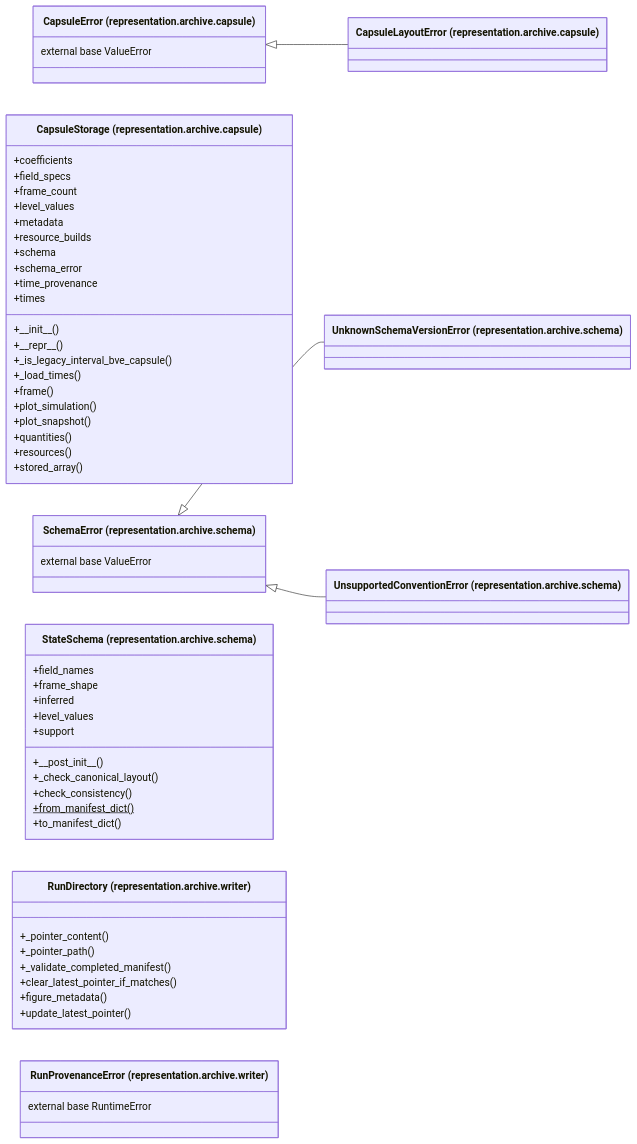
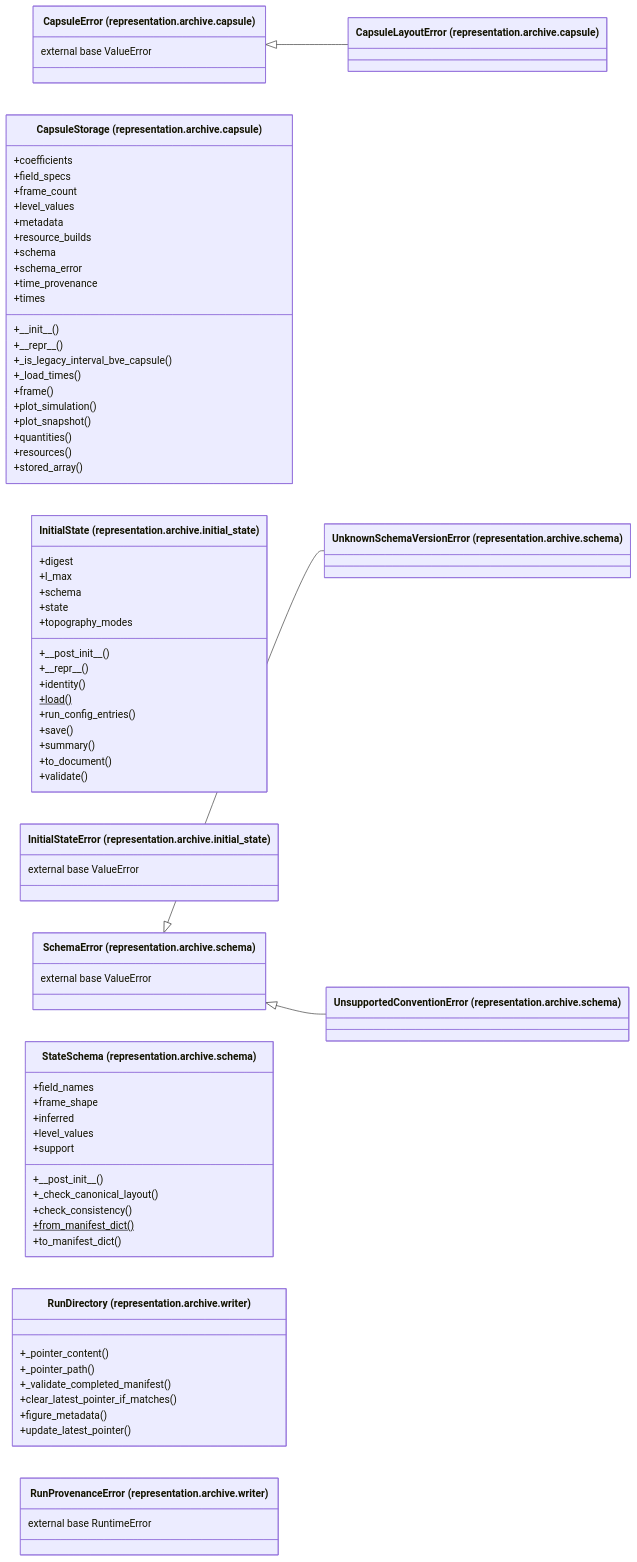
The diagram in docs/architecture/current/classes/tropoi.representation.archive.mmd (AlexandreEros/Palintropos), drawn with Mermaid before and after one commit. The commit also changed 34 other files, not shown here.

```diff
--- a/docs/architecture/current/classes/tropoi.representation.archive.mmd
+++ b/docs/architecture/current/classes/tropoi.representation.archive.mmd
@@ -1,55 +1,72 @@
 %% Generated by tools.architecture 1.0.0. Do not edit by hand.
 %% All classes defined in package tropoi.representation.archive.
 classDiagram
     direction LR
     class c_tropoi_orepresentation_oarchive_ocapsule_oCapsuleError["CapsuleError (representation.archive.capsule)"]
     c_tropoi_orepresentation_oarchive_ocapsule_oCapsuleError : external base ValueError
     class c_tropoi_orepresentation_oarchive_ocapsule_oCapsuleLayoutError["CapsuleLayoutError (representation.archive.capsule)"]
     class c_tropoi_orepresentation_oarchive_ocapsule_oCapsuleStorage["CapsuleStorage (representation.archive.capsule)"]
     c_tropoi_orepresentation_oarchive_ocapsule_oCapsuleStorage : +#95;#95;init#95;#95;()
     c_tropoi_orepresentation_oarchive_ocapsule_oCapsuleStorage : +#95;#95;repr#95;#95;()
     c_tropoi_orepresentation_oarchive_ocapsule_oCapsuleStorage : +#95;is#95;legacy#95;interval#95;bve#95;capsule()
     c_tropoi_orepresentation_oarchive_ocapsule_oCapsuleStorage : +#95;load#95;times()
     c_tropoi_orepresentation_oarchive_ocapsule_oCapsuleStorage : +coefficients
     c_tropoi_orepresentation_oarchive_ocapsule_oCapsuleStorage : +field#95;specs
     c_tropoi_orepresentation_oarchive_ocapsule_oCapsuleStorage : +frame()
     c_tropoi_orepresentation_oarchive_ocapsule_oCapsuleStorage : +frame#95;count
     c_tropoi_orepresentation_oarchive_ocapsule_oCapsuleStorage : +level#95;values
     c_tropoi_orepresentation_oarchive_ocapsule_oCapsuleStorage : +metadata
     c_tropoi_orepresentation_oarchive_ocapsule_oCapsuleStorage : +plot#95;simulation()
     c_tropoi_orepresentation_oarchive_ocapsule_oCapsuleStorage : +plot#95;snapshot()
     c_tropoi_orepresentation_oarchive_ocapsule_oCapsuleStorage : +quantities()
     c_tropoi_orepresentation_oarchive_ocapsule_oCapsuleStorage : +resource#95;builds
     c_tropoi_orepresentation_oarchive_ocapsule_oCapsuleStorage : +resources()
     c_tropoi_orepresentation_oarchive_ocapsule_oCapsuleStorage : +schema
     c_tropoi_orepresentation_oarchive_ocapsule_oCapsuleStorage : +schema#95;error
     c_tropoi_orepresentation_oarchive_ocapsule_oCapsuleStorage : +stored#95;array()
     c_tropoi_orepresentation_oarchive_ocapsule_oCapsuleStorage : +time#95;provenance
     c_tropoi_orepresentation_oarchive_ocapsule_oCapsuleStorage : +times
+    class c_tropoi_orepresentation_oarchive_oinitial__state_oInitialState["InitialState (representation.archive.initial_state)"]
+    c_tropoi_orepresentation_oarchive_oinitial__state_oInitialState : +#95;#95;post#95;init#95;#95;()
+    c_tropoi_orepresentation_oarchive_oinitial__state_oInitialState : +#95;#95;repr#95;#95;()
+    c_tropoi_orepresentation_oarchive_oinitial__state_oInitialState : +digest
+    c_tropoi_orepresentation_oarchive_oinitial__state_oInitialState : +identity()
+    c_tropoi_orepresentation_oarchive_oinitial__state_oInitialState : +l#95;max
+    c_tropoi_orepresentation_oarchive_oinitial__state_oInitialState : +load()$
+    c_tropoi_orepresentation_oarchive_oinitial__state_oInitialState : +run#95;config#95;entries()
+    c_tropoi_orepresentation_oarchive_oinitial__state_oInitialState : +save()
+    c_tropoi_orepresentation_oarchive_oinitial__state_oInitialState : +schema
+    c_tropoi_orepresentation_oarchive_oinitial__state_oInitialState : +state
+    c_tropoi_orepresentation_oarchive_oinitial__state_oInitialState : +summary()
+    c_tropoi_orepresentation_oarchive_oinitial__state_oInitialState : +to#95;document()
+    c_tropoi_orepresentation_oarchive_oinitial__state_oInitialState : +topography#95;modes
+    c_tropoi_orepresentation_oarchive_oinitial__state_oInitialState : +validate()
+    class c_tropoi_orepresentation_oarchive_oinitial__state_oInitialStateError["InitialStateError (representation.archive.initial_state)"]
+    c_tropoi_orepresentation_oarchive_oinitial__state_oInitialStateError : external base ValueError
     class c_tropoi_orepresentation_oarchive_oschema_oSchemaError["SchemaError (representation.archive.schema)"]
     c_tropoi_orepresentation_oarchive_oschema_oSchemaError : external base ValueError
     class c_tropoi_orepresentation_oarchive_oschema_oStateSchema["StateSchema (representation.archive.schema)"]
     c_tropoi_orepresentation_oarchive_oschema_oStateSchema : +#95;#95;post#95;init#95;#95;()
     c_tropoi_orepresentation_oarchive_oschema_oStateSchema : +#95;check#95;canonical#95;layout()
     c_tropoi_orepresentation_oarchive_oschema_oStateSchema : +check#95;consistency()
     c_tropoi_orepresentation_oarchive_oschema_oStateSchema : +field#95;names
     c_tropoi_orepresentation_oarchive_oschema_oStateSchema : +frame#95;shape
     c_tropoi_orepresentation_oarchive_oschema_oStateSchema : +from#95;manifest#95;dict()$
     c_tropoi_orepresentation_oarchive_oschema_oStateSchema : +inferred
     c_tropoi_orepresentation_oarchive_oschema_oStateSchema : +level#95;values
     c_tropoi_orepresentation_oarchive_oschema_oStateSchema : +support
     c_tropoi_orepresentation_oarchive_oschema_oStateSchema : +to#95;manifest#95;dict()
     class c_tropoi_orepresentation_oarchive_oschema_oUnknownSchemaVersionError["UnknownSchemaVersionError (representation.archive.schema)"]
     class c_tropoi_orepresentation_oarchive_oschema_oUnsupportedConventionError["UnsupportedConventionError (representation.archive.schema)"]
     class c_tropoi_orepresentation_oarchive_owriter_oRunDirectory["RunDirectory (representation.archive.writer)"]
     c_tropoi_orepresentation_oarchive_owriter_oRunDirectory : +#95;pointer#95;content()
     c_tropoi_orepresentation_oarchive_owriter_oRunDirectory : +#95;pointer#95;path()
     c_tropoi_orepresentation_oarchive_owriter_oRunDirectory : +#95;validate#95;completed#95;manifest()
     c_tropoi_orepresentation_oarchive_owriter_oRunDirectory : +clear#95;latest#95;pointer#95;if#95;matches()
     c_tropoi_orepresentation_oarchive_owriter_oRunDirectory : +figure#95;metadata()
     c_tropoi_orepresentation_oarchive_owriter_oRunDirectory : +update#95;latest#95;pointer()
     class c_tropoi_orepresentation_oarchive_owriter_oRunProvenanceError["RunProvenanceError (representation.archive.writer)"]
     c_tropoi_orepresentation_oarchive_owriter_oRunProvenanceError : external base RuntimeError
     c_tropoi_orepresentation_oarchive_ocapsule_oCapsuleError <|-- c_tropoi_orepresentation_oarchive_ocapsule_oCapsuleLayoutError
     c_tropoi_orepresentation_oarchive_oschema_oSchemaError <|-- c_tropoi_orepresentation_oarchive_oschema_oUnknownSchemaVersionError
     c_tropoi_orepresentation_oarchive_oschema_oSchemaError <|-- c_tropoi_orepresentation_oarchive_oschema_oUnsupportedConventionError
```
